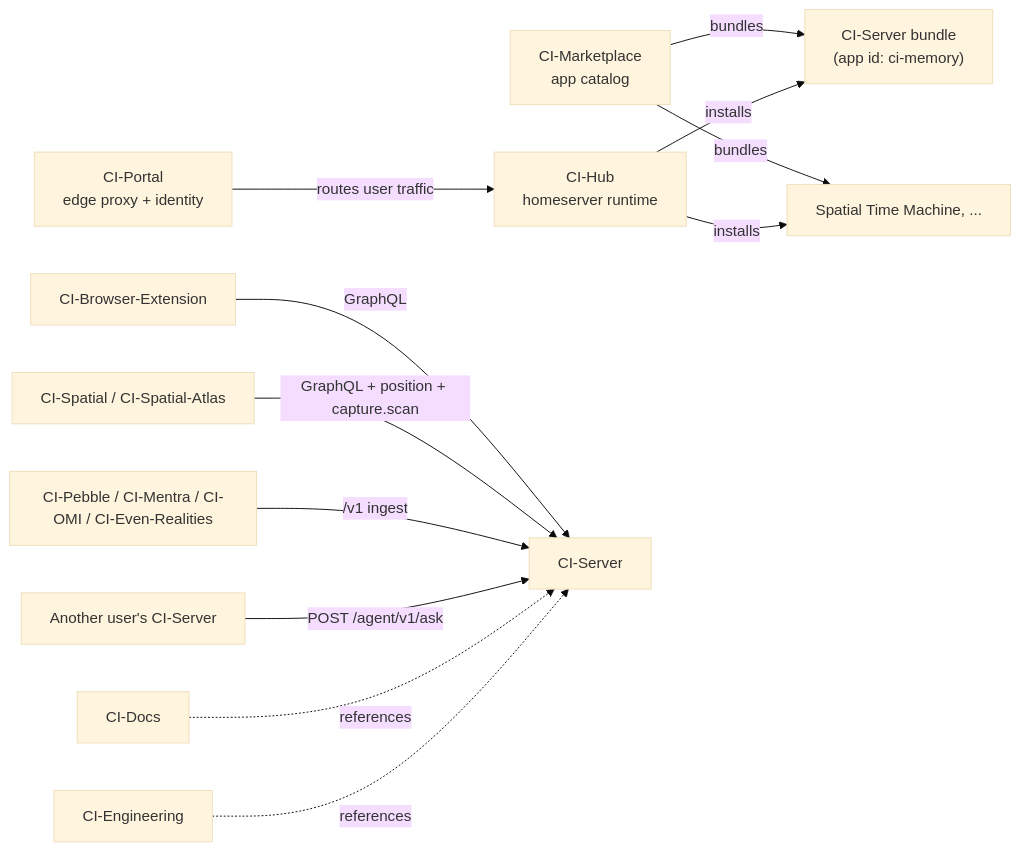
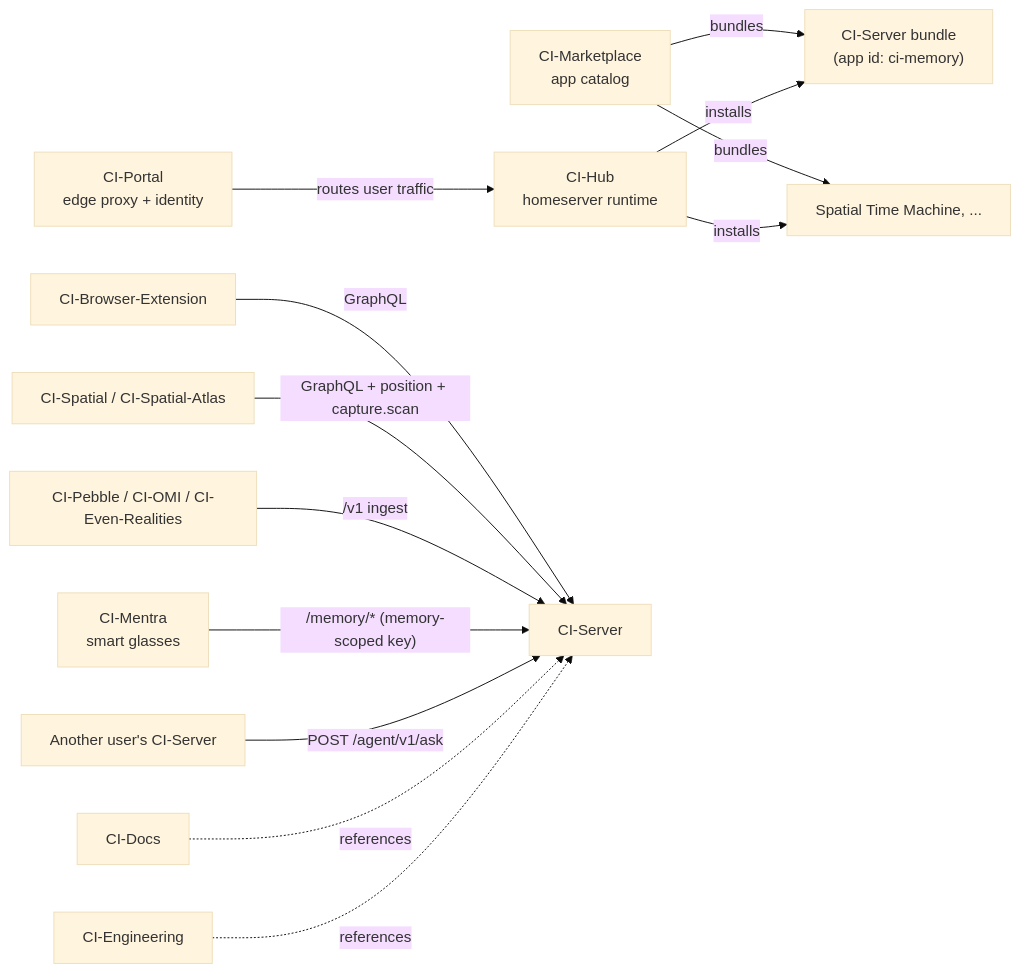
One commit to bennettchamberlain/Requiemv1 changed the fifth of 6 diagrams in docs/architecture/architecture.md. Above: the diagram before and after it, drawn with Mermaid (base theme). The commit also changed other lines of this file and 10 other files, not shown here.

First line of the commit message:
feat(auth): scope ci-mentra connect keys to memory; add smart_glasses device type (#2745)

````diff
--- a/docs/architecture/architecture.md
+++ b/docs/architecture/architecture.md
@@ -413,14 +414,15 @@
 ```mermaid
 flowchart LR
     Marketplace[CI-Marketplace<br/>app catalog] -- bundles --> ServerApp["CI-Server bundle<br/>(app id: ci-memory)"]
     Marketplace -- bundles --> OtherApp[Spatial Time Machine, ...]
     Hub[CI-Hub<br/>homeserver runtime] -- installs --> ServerApp
     Hub -- installs --> OtherApp
     Portal[CI-Portal<br/>edge proxy + identity] -- routes user traffic --> Hub
     Browser[CI-Browser-Extension] -- GraphQL --> Server[CI-Server]
     XR[CI-Spatial / CI-Spatial-Atlas] -- "GraphQL + position + capture.scan" --> Server
-    Wearables[CI-Pebble / CI-Mentra / CI-OMI / CI-Even-Realities] -- "/v1 ingest" --> Server
+    Wearables[CI-Pebble / CI-OMI / CI-Even-Realities] -- "/v1 ingest" --> Server
+    Mentra[CI-Mentra<br/>smart glasses] -- "/memory/* (memory-scoped key)" --> Server
     Peer[Another user's CI-Server] -- "POST /agent/v1/ask" --> Server
     Docs[CI-Docs] -. references .-> Server
     Engineering[CI-Engineering] -. references .-> Server
 ```
````
